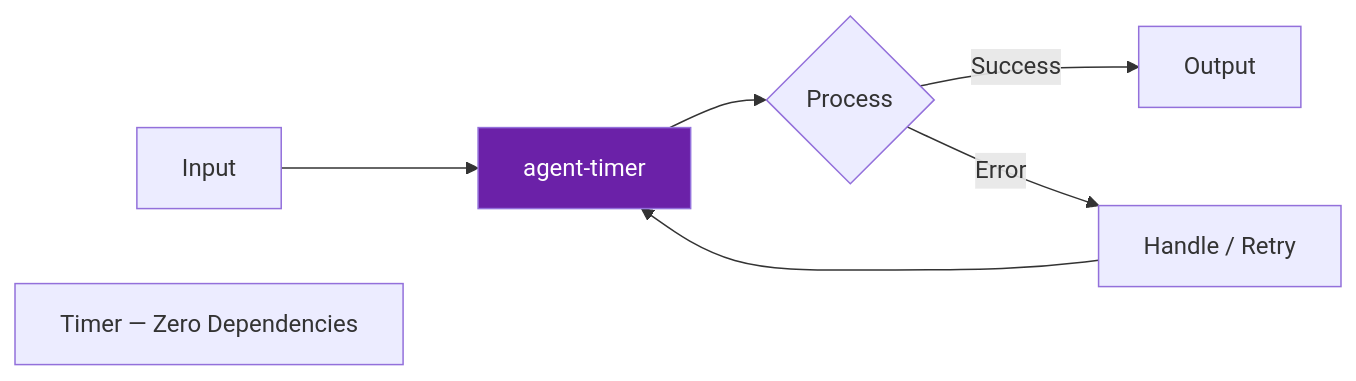
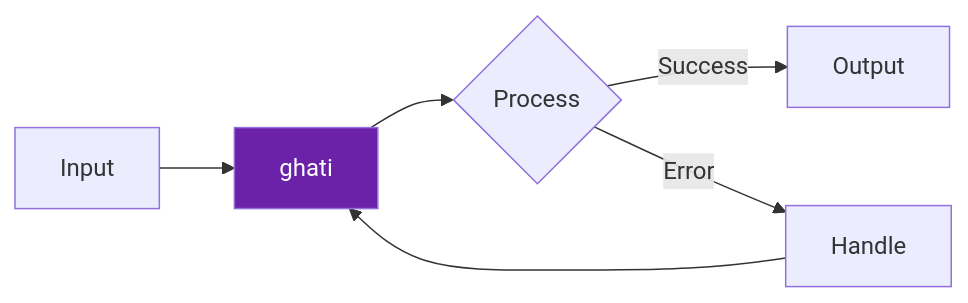
One commit to darshjme/agent-timer changed the diagram in README.md. Above: the diagram before and after it, drawn with Mermaid. The commit also changed other lines of this file and 1 other file, not shown here.

First line of the commit message:
feat(vedic-v3): rename to ghati (घटी)

````diff
--- a/README.md
+++ b/README.md
@@ -48,10 +39,9 @@
 ```mermaid
 flowchart LR
-    A[Input] --> B[agent-timer]
+    A[Input] --> B[ghati]
     B --> C{Process}
     C -- Success --> D[Output]
-    C -- Error --> E[Handle / Retry]
+    C -- Error --> E[Handle]
     E --> B
     style B fill:#6b21a8,color:#fff
-    note["Timer — Zero Dependencies"]
 ```
````
